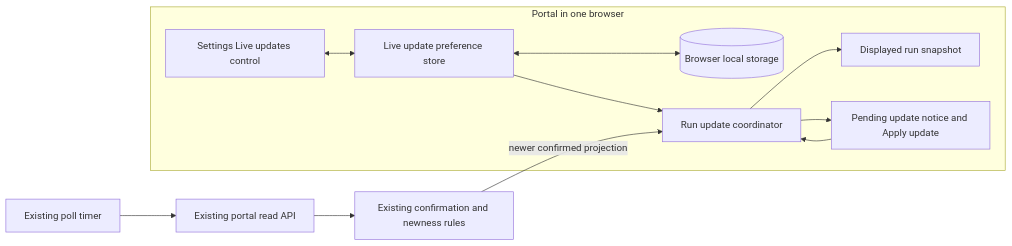
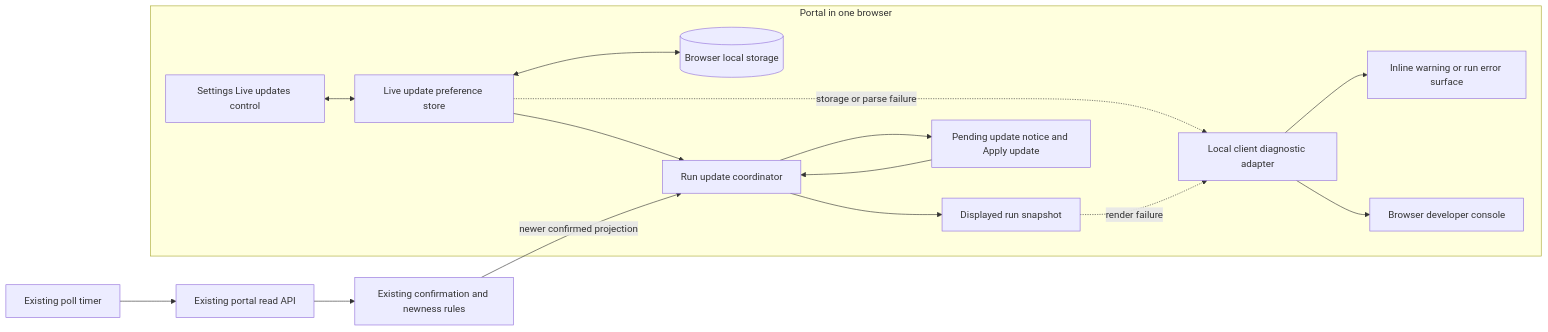
Before and after one commit to sachinkundu/deos: the diagram in openspec/changes/sac-153/design.md, drawn with Mermaid. The commit also changed other lines of this file, not shown here.

Commit message:
DEOS planning manifest workflow:2a653831-c1ec-4db7-972a-d0d08ac0a3d8:ac6a9946-56e0-4a3d-aaa9-3f639c0ba625:run:1:system_action:publish_design_response:github.publish_design_candidate:aeb2698beed19bd9b741a4a83f67ce2ae31cdf6e4bb35c49f555834c7b010250:23

````diff
--- a/openspec/changes/sac-153/design.md
+++ b/openspec/changes/sac-153/design.md
@@ -25,22 +25,29 @@
 ```mermaid
 flowchart LR
     subgraph Browser[Portal in one browser]
         S[Settings Live updates control]
         P[Live update preference store]
         B[(Browser local storage)]
         C[Run update coordinator]
         V[Displayed run snapshot]
         M[Pending update notice and Apply update]
+        D[Local client diagnostic adapter]
+        U[Inline warning or run error surface]
+        X[Browser developer console]
 
         S <--> P
         P <--> B
         P --> C
         C --> V
         C --> M
         M --> C
+        P -. storage or parse failure .-> D
+        V -. render failure .-> D
+        D --> U
+        D --> X
     end
 
     T[Existing poll timer] --> A[Existing portal read API]
     A --> F[Existing confirmation and newness rules]
     F -->|newer confirmed projection| C
 ```
````
